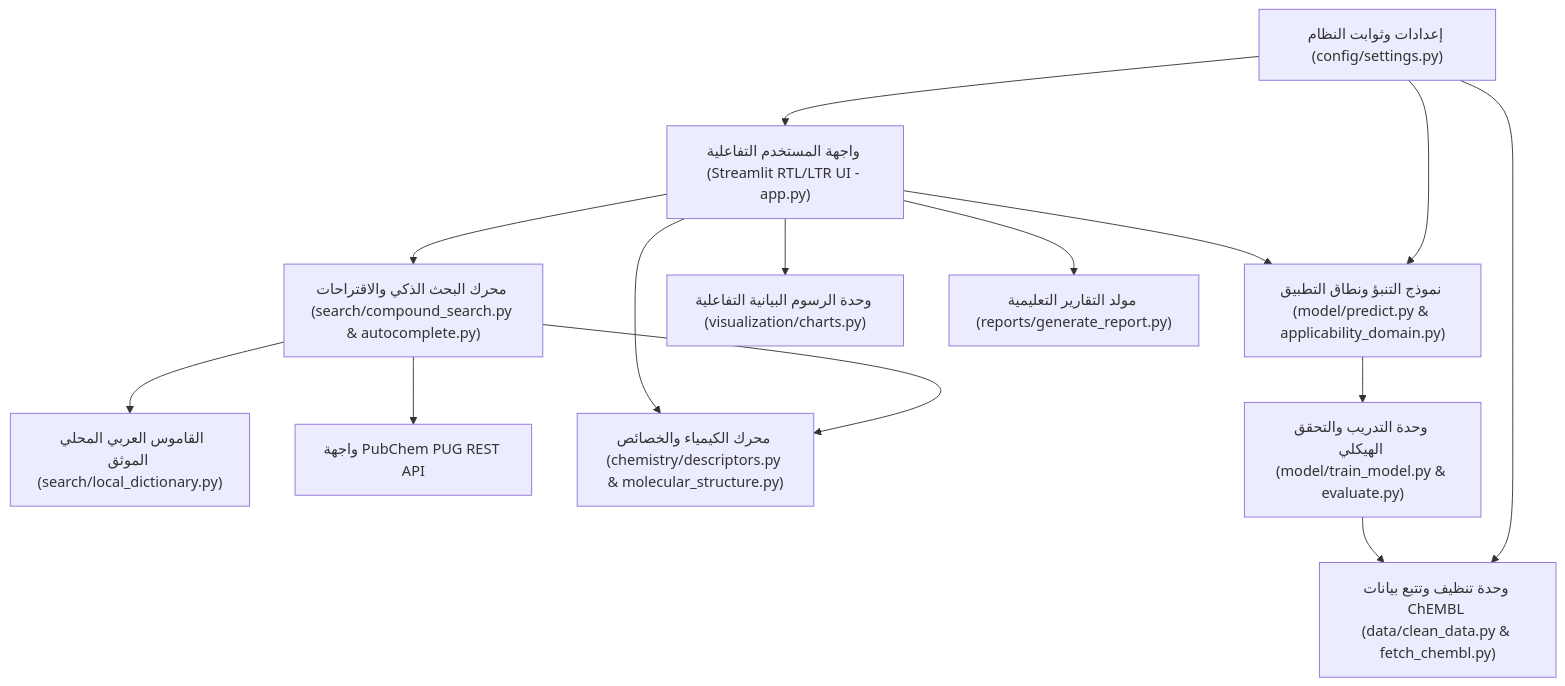
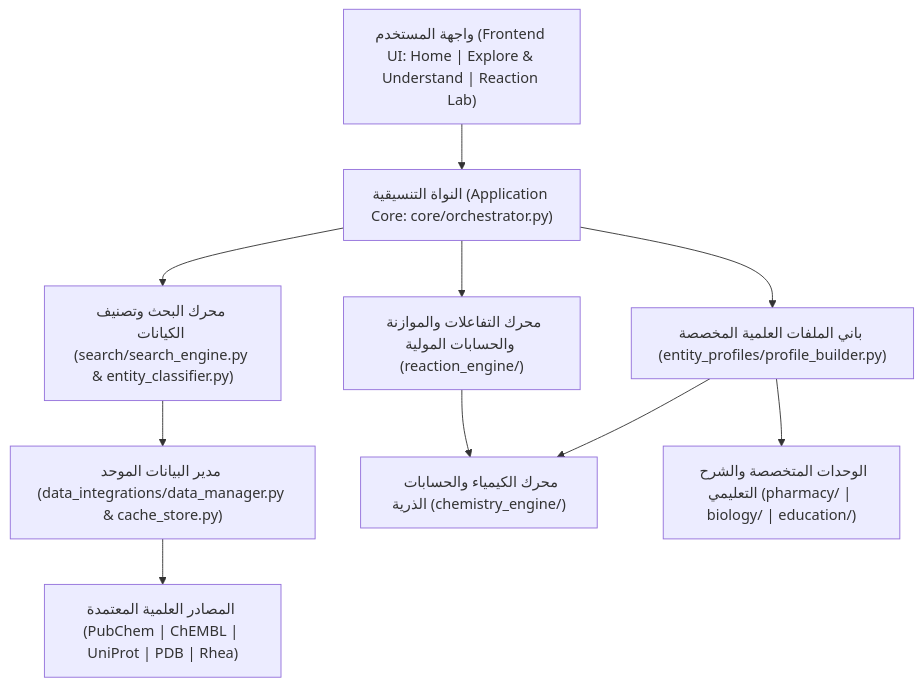
Before and after one commit to a-muaafa/Moleculens-: the diagram in README.md, drawn with Mermaid. The commit also changed other lines of this file and 91 other files, not shown here.

````diff
--- a/README.md
+++ b/README.md
@@ -65,28 +27,22 @@
 ```mermaid
 flowchart TD
-    UI["واجهة المستخدم التفاعلية (Streamlit RTL/LTR UI - app.py)"]
-    CFG["إعدادات وثوابت النظام (config/settings.py)"]
-    SRCH["محرك البحث الذكي والاقتراحات (search/compound_search.py & autocomplete.py)"]
-    DICT["القاموس العربي المحلي الموثق (search/local_dictionary.py)"]
-    PUB["واجهة PubChem PUG REST API"]
-    CHEM["محرك الكيمياء والخصائص (chemistry/descriptors.py & molecular_structure.py)"]
-    DATA["وحدة تنظيف وتتبع بيانات ChEMBL (data/clean_data.py & fetch_chembl.py)"]
-    MDL["نموذج التنبؤ ونطاق التطبيق (model/predict.py & applicability_domain.py)"]
-    EVAL["وحدة التدريب والتحقق الهيكلي (model/train_model.py & evaluate.py)"]
-    VIZ["وحدة الرسوم البيانية التفاعلية (visualization/charts.py)"]
-    REP["مولد التقارير التعليمية (reports/generate_report.py)"]
+    UI["واجهة المستخدم (Frontend UI: Home | Explore & Understand | Reaction Lab)"]
+    CORE["النواة التنسيقية (Application Core: core/orchestrator.py)"]
+    SRCH["محرك البحث وتصنيف الكيانات (search/search_engine.py & entity_classifier.py)"]
+    DM["مدير البيانات الموحد (data_integrations/data_manager.py & cache_store.py)"]
+    PROF["باني الملفات العلمية المخصصة (entity_profiles/profile_builder.py)"]
+    CHEM["محرك الكيمياء والحسابات الذرية (chemistry_engine/)"]
+    RXN["محرك التفاعلات والموازنة والحسابات المولية (reaction_engine/)"]
+    MODS["الوحدات المتخصصة والشرح التعليمي (pharmacy/ | biology/ | education/)"]
+    EXT["المصادر العلمية المعتمدة (PubChem | ChEMBL | UniProt | PDB | Rhea)"]
 
-    UI --> SRCH
-    UI --> CHEM
-    UI --> MDL
-    UI --> VIZ
-    UI --> REP
-    SRCH --> DICT
-    SRCH --> PUB
-    SRCH --> CHEM
-    MDL --> EVAL
-    EVAL --> DATA
-    CFG --> UI
-    CFG --> MDL
-    CFG --> DATA
+    UI --> CORE
+    CORE --> SRCH
+    CORE --> PROF
+    CORE --> RXN
+    SRCH --> DM
+    PROF --> CHEM
+    PROF --> MODS
+    RXN --> CHEM
+    DM --> EXT
 ```
````
